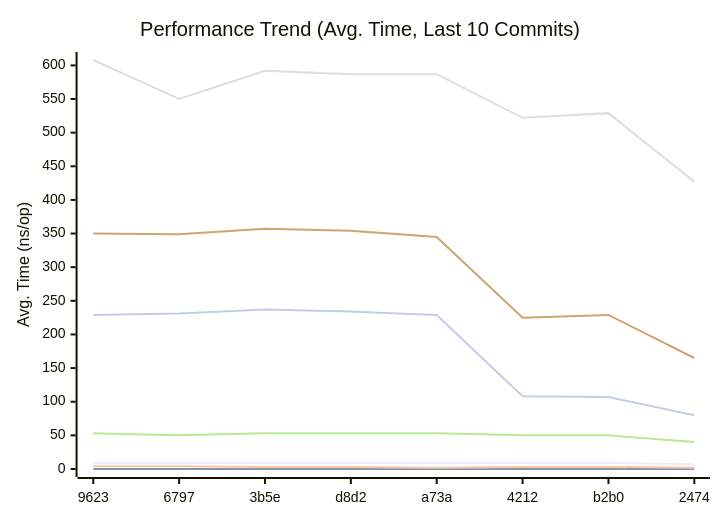
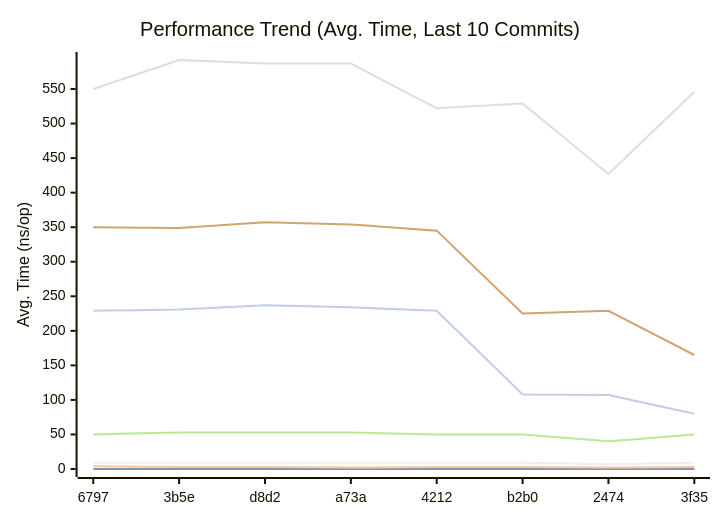
One commit to alsotoes/momo changed the first of 3 diagrams in docs/README.md. Above: the diagram before and after it, drawn with Mermaid. The commit also changed other lines of this file and 1 other file, not shown here.

````diff
--- a/docs/README.md
+++ b/docs/README.md
@@ -140,14 +140,14 @@
 ```mermaid
 xychart-beta
     title "Performance Trend (Avg. Time, Last 10 Commits)"
     x-axis "Commit"
     y-axis "Avg. Time (ns/op)"
-    x-axis [9623,6797,3b5e,d8d2,a73a,4212,b2b0,2474]
-    line "CheckMetricsAndSwap" [9,9,9,9,9,9,9,7,9,9]
+    x-axis [6797,3b5e,d8d2,a73a,4212,b2b0,2474,3f35]
+    line "CheckMetricsAndSwap" [9,9,9,9,9,9,7,9,9,9]
     line "IndexDirectTracking" [0,0,0,0,0,0,0,0,0,0]
-    line "IndexSearch" [4,4,3,3,2,3,3,2,3,2]
-    line "LoadGlobalConfig" [608,550,592,587,587,522,529,427,546,576]
-    line "PadString" [53,50,53,53,53,50,50,40,50,54]
+    line "IndexSearch" [4,3,3,2,3,3,2,3,2,2]
+    line "LoadGlobalConfig" [550,592,587,587,522,529,427,546,576,578]
+    line "PadString" [50,53,53,53,50,50,40,50,54,53]
     line "ParseReplicationOrder_NoPrealloc" [350,349,357,354,345,225,229,165,232,234]
     line "ParseReplicationOrder_Prealloc" [229,231,237,234,229,108,107,80,110,109]
 ```
````
